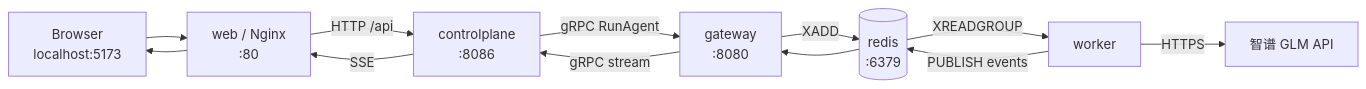
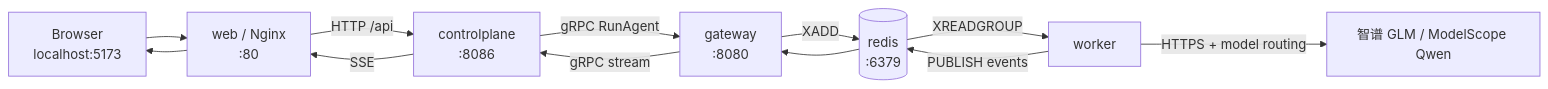
The diagram in docs/CONTAINER_NETWORKING.md (wzhnbsixsixsix/AI-Agent-Cloud-Runtime), drawn with Mermaid before and after one commit. The commit also changed 26 other files, not shown here.

Commit message:
feat: add ModelScope Qwen model routing

````diff
--- a/docs/CONTAINER_NETWORKING.md
+++ b/docs/CONTAINER_NETWORKING.md
@@ -46,14 +46,14 @@
 ```mermaid
 flowchart LR
   Browser["Browser<br/>localhost:5173"] --> Web["web / Nginx<br/>:80"]
   Web -->|"HTTP /api"| CP["controlplane<br/>:8086"]
   CP -->|"gRPC RunAgent"| GW["gateway<br/>:8080"]
   GW -->|"XADD"| Redis[("redis<br/>:6379")]
   Redis -->|"XREADGROUP"| Worker["worker"]
-  Worker -->|"HTTPS"| GLM["智谱 GLM API"]
+  Worker -->|"HTTPS + model routing"| LLM["智谱 GLM / ModelScope Qwen"]
   Worker -->|"PUBLISH events"| Redis
   Redis --> GW
   GW -->|"gRPC stream"| CP
   CP -->|"SSE"| Web
   Web --> Browser
 ```
````
